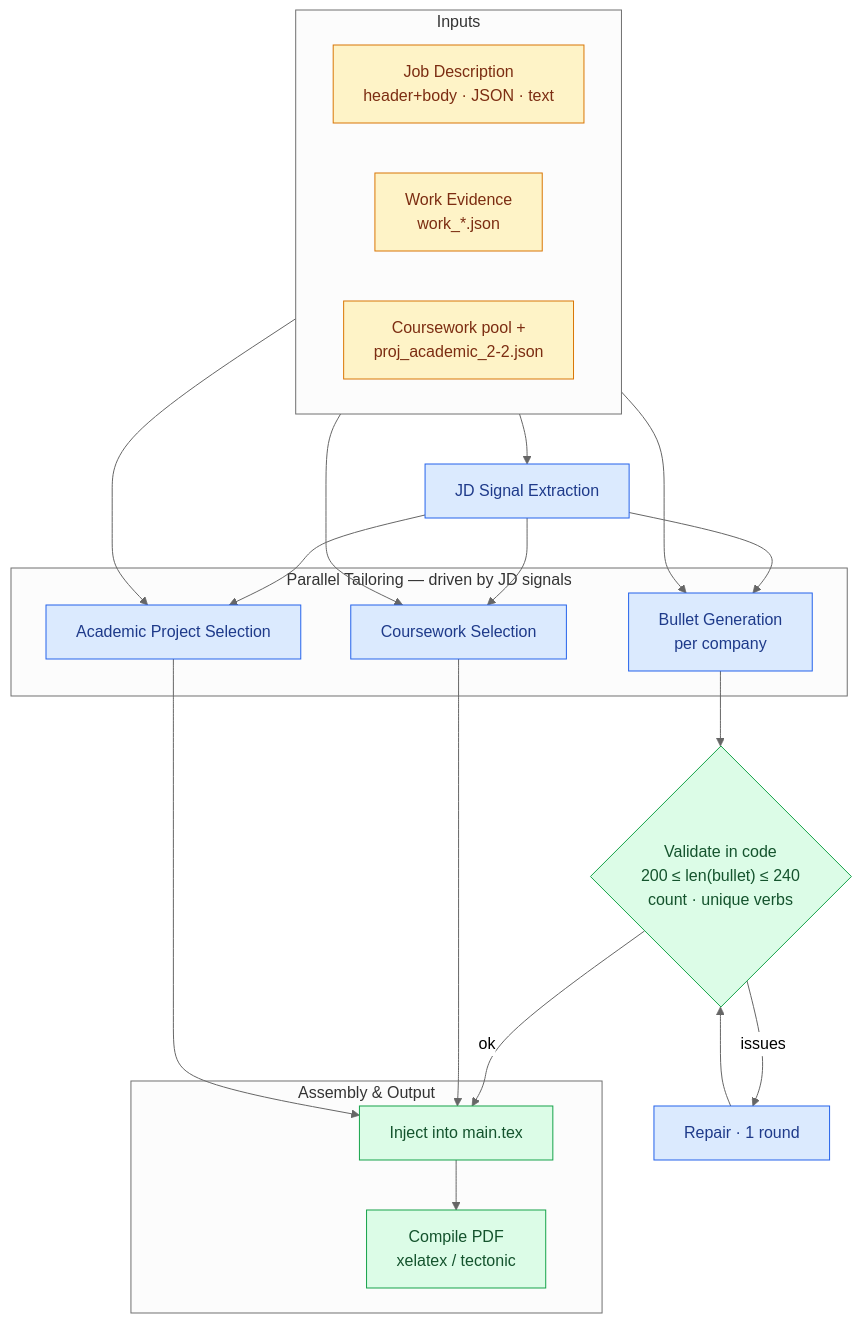
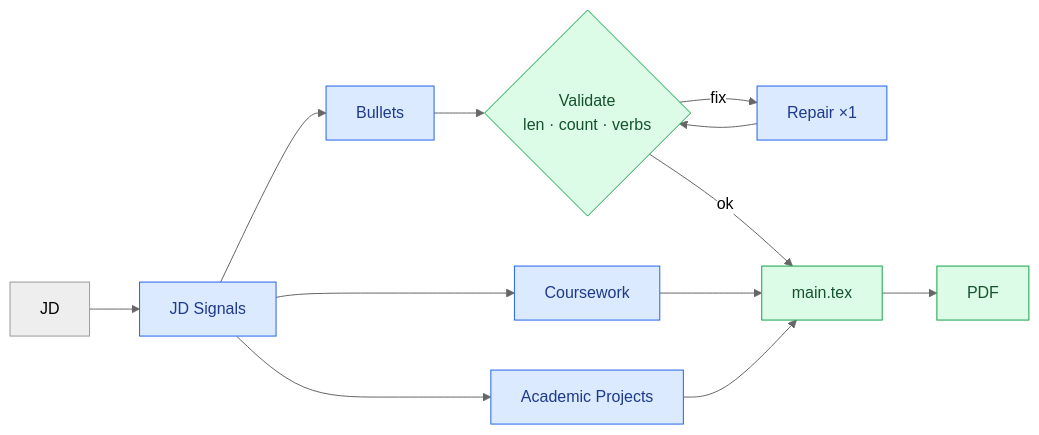
One commit to nniishhh/ats-resume-builder changed the diagram in README.md. Above: the diagram before and after it, drawn with Mermaid (neutral theme). The commit also changed other lines of this file, not shown here.

Commit message:
docs: make architecture diagram compact (horizontal, short labels)

````diff
--- a/README.md
+++ b/README.md
@@ -20,43 +20,16 @@
 ```mermaid
-flowchart TD
-    subgraph IN[" Inputs "]
-        direction LR
-        JD["Job Description<br/>header+body · JSON · text"]
-        EV["Work Evidence<br/>work_*.json"]
-        POOL["Coursework pool +<br/>proj_academic_2-2.json"]
-    end
-
-    JD --> SUM["JD Signal Extraction"]
-
-    subgraph PAR[" Parallel Tailoring — driven by JD signals "]
-        GEN["Bullet Generation<br/>per company"]
-        CRS["Coursework Selection"]
-        ACA["Academic Project Selection"]
-    end
-
-    SUM --> GEN & CRS & ACA
-    EV --> GEN
-    POOL --> CRS & ACA
-
-    GEN --> VAL{"Validate in code<br/>200 ≤ len(bullet) ≤ 240<br/>count · unique verbs"}
-    VAL -->|"issues"| REP["Repair · 1 round"]
-    REP --> VAL
-
-    subgraph OUT[" Assembly & Output "]
-        TEX["Inject into main.tex"]
-        PDF["Compile PDF<br/>xelatex / tectonic"]
-    end
-
-    VAL -->|"ok"| TEX
+flowchart LR
+    JD["JD"] --> SUM["JD Signals"]
+    SUM --> GEN["Bullets"] & CRS["Coursework"] & ACA["Academic Projects"]
+    GEN --> VAL{"Validate<br/>len · count · verbs"}
+    VAL -->|"fix"| REP["Repair ×1"] --> VAL
+    VAL -->|"ok"| TEX["main.tex"]
     CRS --> TEX
     ACA --> TEX
-    TEX --> PDF
+    TEX --> PDF["PDF"]
 
     classDef llm fill:#dbeafe,stroke:#2563eb,color:#1e3a8a;
     classDef code fill:#dcfce7,stroke:#16a34a,color:#14532d;
-    classDef io fill:#fef3c7,stroke:#d97706,color:#7c2d12;
-
     class SUM,GEN,CRS,ACA,REP llm
     class VAL,TEX,PDF code
-    class JD,EV,POOL io
 ```
````
